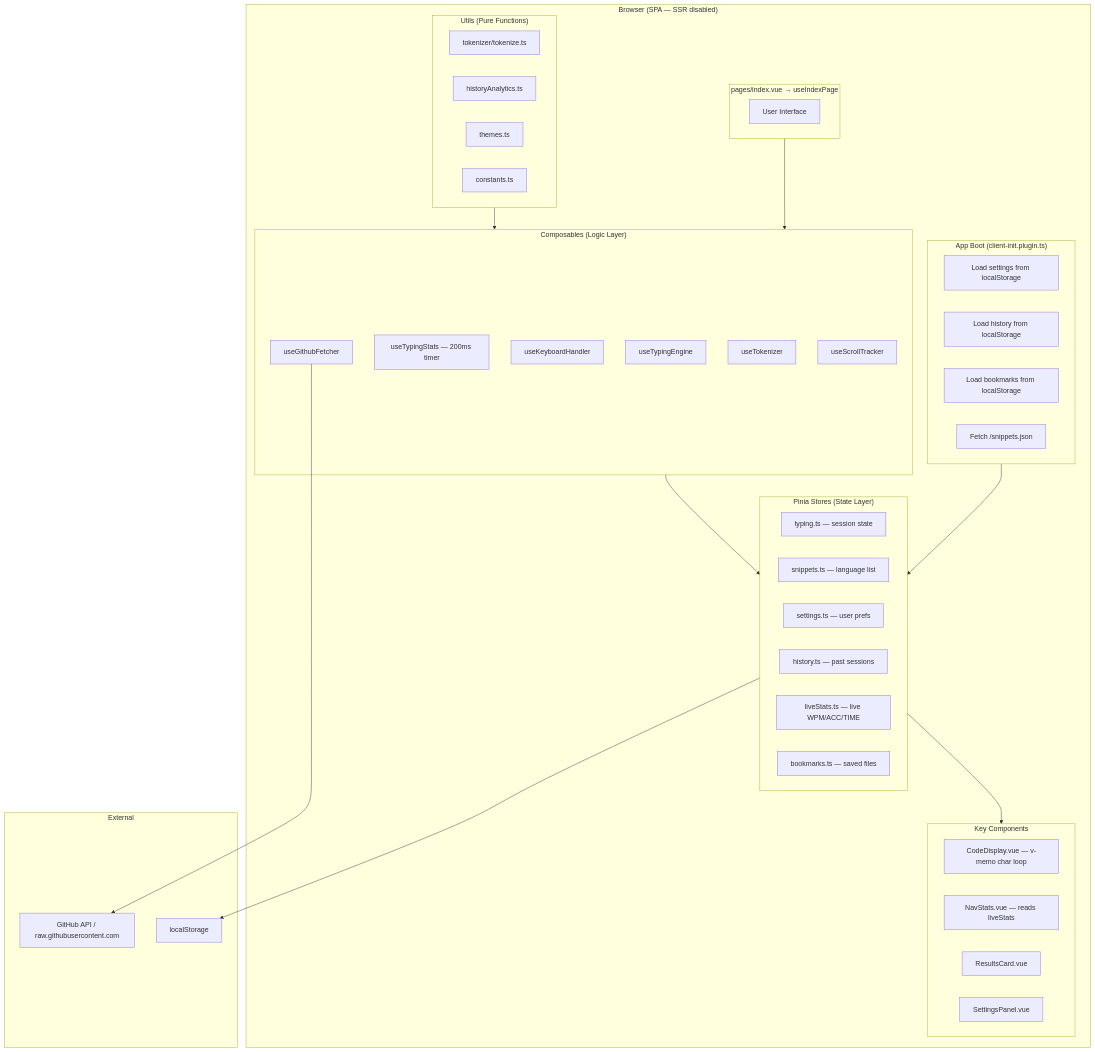
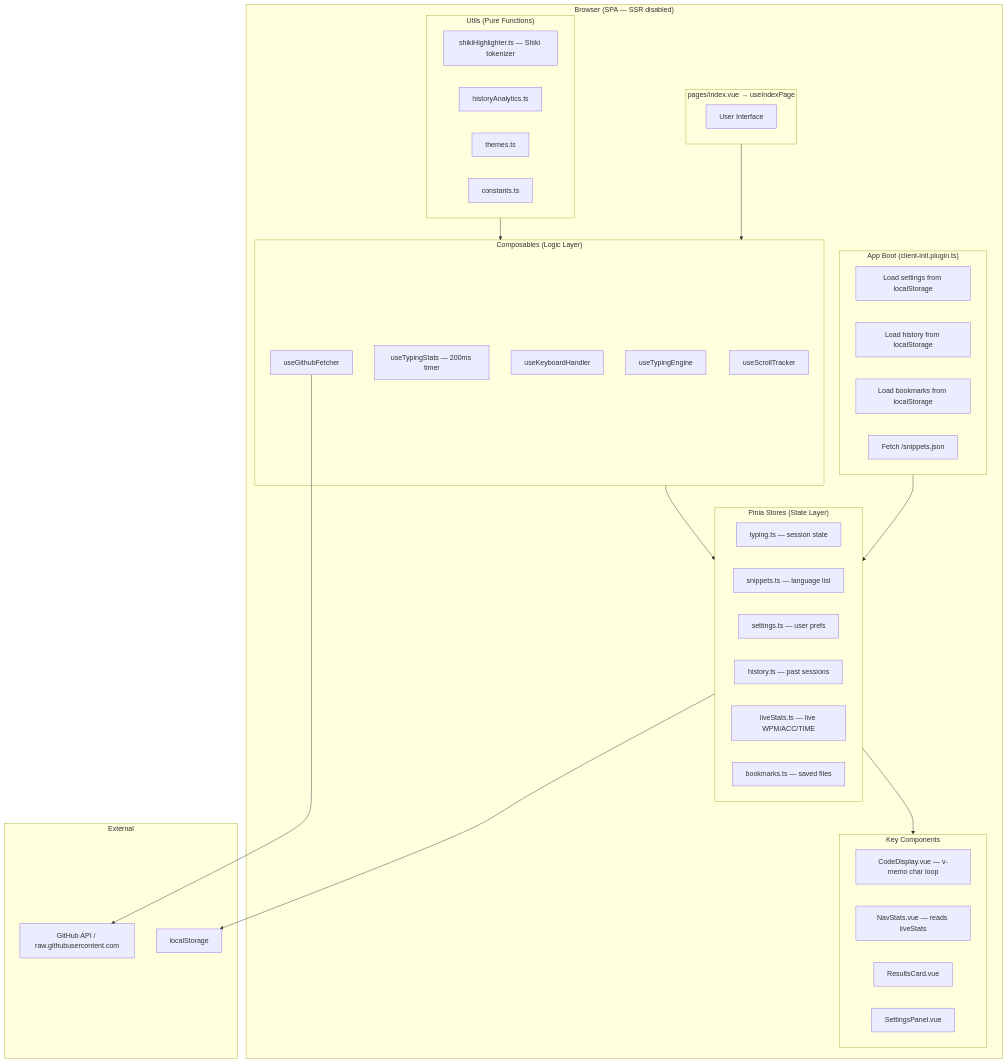
One commit to Sumonta056/code-typewriter changed the first of 10 diagrams in doc/INFRASTRUCTURE_DIAGRAMS.md. Above: the diagram before and after it, drawn with Mermaid. The commit also changed other lines of this file and 4 other files, not shown here.

````diff
--- a/doc/INFRASTRUCTURE_DIAGRAMS.md
+++ b/doc/INFRASTRUCTURE_DIAGRAMS.md
@@ -23,60 +23,59 @@
 ```mermaid
 graph TD
     subgraph Browser["Browser (SPA — SSR disabled)"]
         subgraph Boot["App Boot (client-init.plugin.ts)"]
             P1[Load settings from localStorage]
             P2[Load history from localStorage]
             P3[Load bookmarks from localStorage]
             P4[Fetch /snippets.json]
         end
 
         subgraph Page["pages/index.vue → useIndexPage"]
             UI[User Interface]
         end
 
         subgraph Composables["Composables (Logic Layer)"]
             UIE[useTypingEngine]
             UIS[useTypingStats — 200ms timer]
             UIK[useKeyboardHandler]
             UIG[useGithubFetcher]
-            UIT[useTokenizer]
             USCR[useScrollTracker]
         end
 
         subgraph Stores["Pinia Stores (State Layer)"]
             ST[typing.ts — session state]
             SS[snippets.ts — language list]
             SE[settings.ts — user prefs]
             SH[history.ts — past sessions]
             SL[liveStats.ts — live WPM/ACC/TIME]
             SB[bookmarks.ts — saved files]
         end
 
         subgraph Utils["Utils (Pure Functions)"]
-            TK[tokenizer/tokenize.ts]
+            SHK[shikiHighlighter.ts — Shiki tokenizer]
             HA[historyAnalytics.ts]
             TH[themes.ts]
             CN[constants.ts]
         end
 
         subgraph Components["Key Components"]
             CD[CodeDisplay.vue — v-memo char loop]
             NS[NavStats.vue — reads liveStats]
             RC[ResultsCard.vue]
             SP[SettingsPanel.vue]
         end
     end
 
     subgraph External
         GH[GitHub API / raw.githubusercontent.com]
         LS[localStorage]
     end
 
     Boot --> Stores
     Page --> Composables
     Composables --> Stores
     Stores --> Components
     UIG --> GH
     Stores --> LS
     Utils --> Composables
 ```
````
